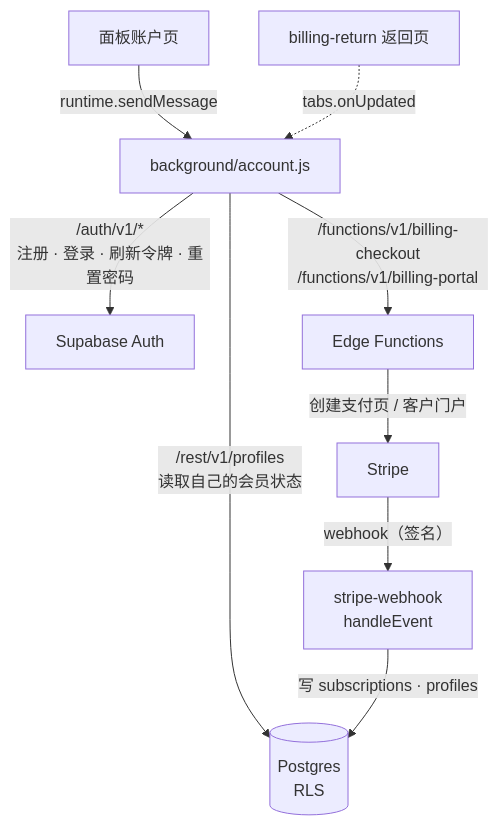
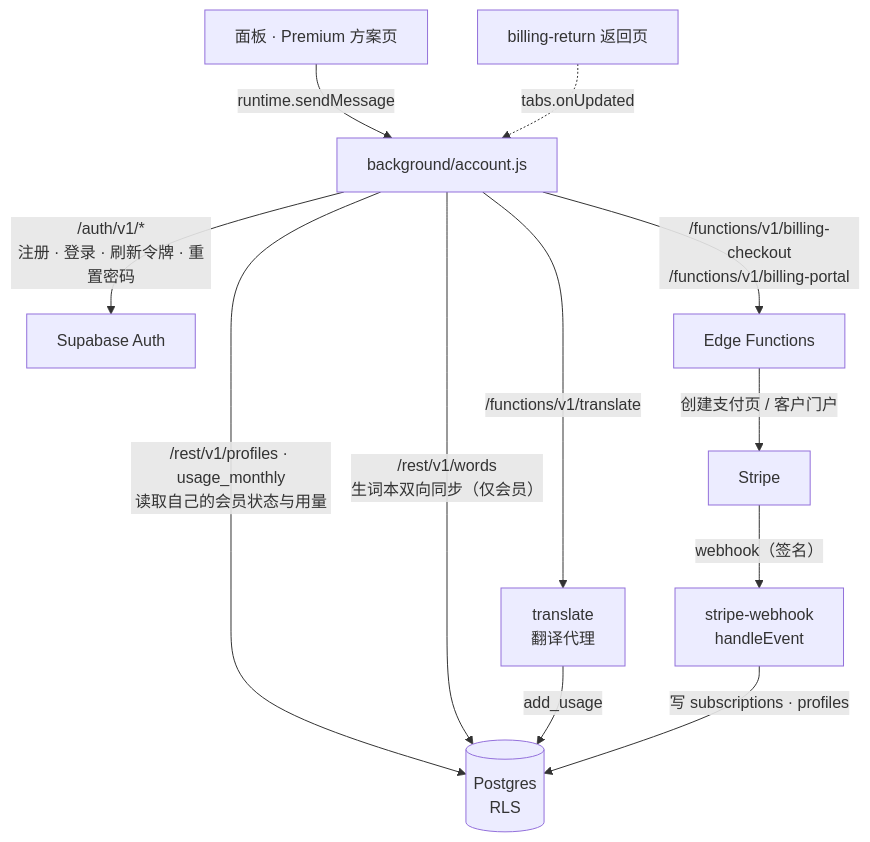
One commit to pandatalk8/glimmer changed the eighth of 12 diagrams in docs/architecture.md. Above: the diagram before and after it, drawn with Mermaid. The commit also changed other lines of this file and 37 other files, not shown here.

First line of the commit message:
feat: 会员分档 Premium / Premium+、后端翻译代理、Premium 方案页、生词本云同步

````diff
--- a/docs/architecture.md
+++ b/docs/architecture.md
@@ -321,11 +334,14 @@
 ```mermaid
 flowchart TB
-  P["面板账户页"] -- "runtime.sendMessage" --> A["background/account.js"]
+  P["面板 · Premium 方案页"] -- "runtime.sendMessage" --> A["background/account.js"]
   A -- "/auth/v1/*<br/>注册 · 登录 · 刷新令牌 · 重置密码" --> AUTH["Supabase Auth"]
-  A -- "/rest/v1/profiles<br/>读取自己的会员状态" --> DB[("Postgres<br/>RLS")]
+  A -- "/rest/v1/profiles · usage_monthly<br/>读取自己的会员状态与用量" --> DB[("Postgres<br/>RLS")]
+  A -- "/rest/v1/words<br/>生词本双向同步（仅会员）" --> DB
+  A -- "/functions/v1/translate" --> TR["translate<br/>翻译代理"]
+  TR -- "add_usage" --> DB
   A -- "/functions/v1/billing-checkout<br/>/functions/v1/billing-portal" --> FN["Edge Functions"]
   FN -- "创建支付页 / 客户门户" --> ST["Stripe"]
   ST -- "webhook（签名）" --> WH["stripe-webhook<br/>handleEvent"]
   WH -- "写 subscriptions · profiles" --> DB
   RET["billing-return 返回页"] -. "tabs.onUpdated" .-> A
 ```
````
